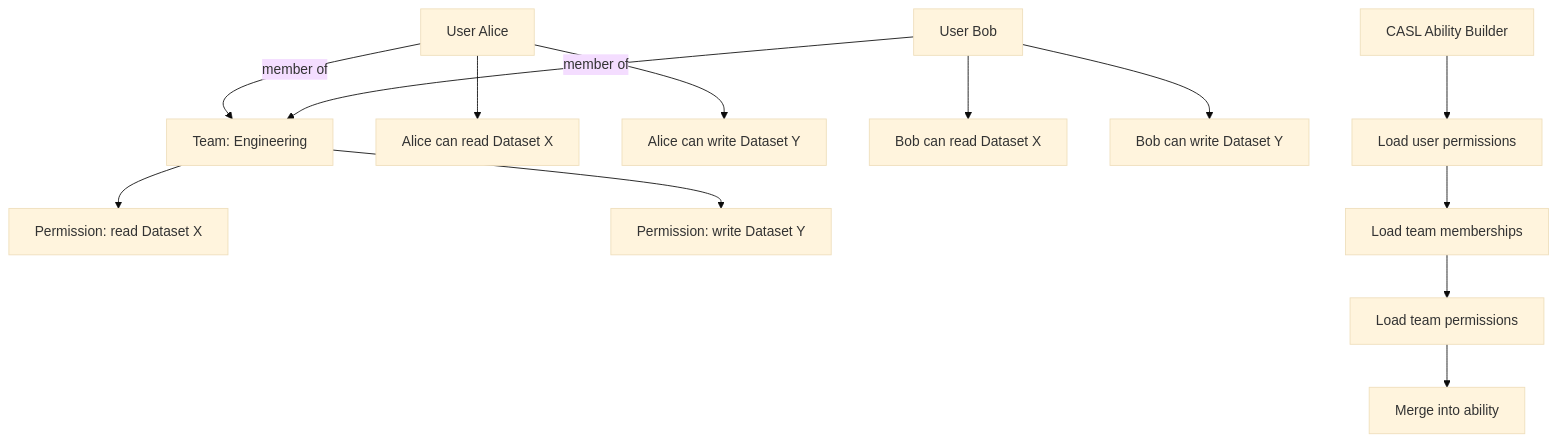
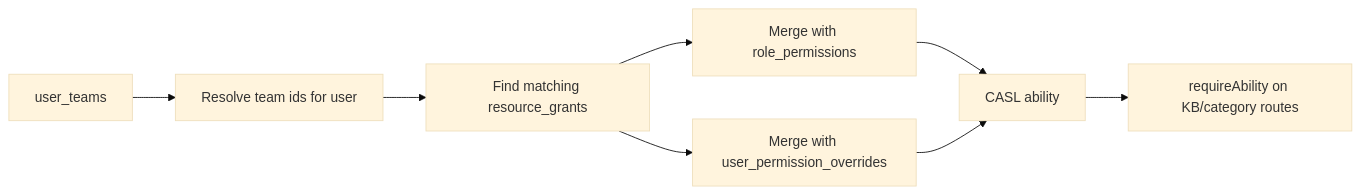
Before and after one commit to b-knowledge-solution/b-knowledge: the fifth of 5 diagrams in docs/detail-design/user-team/team-management-detail.md, drawn with Mermaid (base theme). The commit also changed other lines of this file and 2 other files, not shown here.

First line of the commit message:
docs(09-04): rewrite user and team permission flows

````diff
--- a/docs/detail-design/user-team/team-management-detail.md
+++ b/docs/detail-design/user-team/team-management-detail.md
@@ -107,18 +100,10 @@
 ```mermaid
-flowchart TD
-    A[Team: Engineering] --> B[Permission: read Dataset X]
-    A --> C[Permission: write Dataset Y]
-
-    D[User Alice] -->|member of| A
-    E[User Bob] -->|member of| A
-
-    D --> F[Alice can read Dataset X]
-    D --> G[Alice can write Dataset Y]
-    E --> H[Bob can read Dataset X]
-    E --> I[Bob can write Dataset Y]
-
-    J[CASL Ability Builder] --> K[Load user permissions]
-    K --> L[Load team memberships]
-    L --> M[Load team permissions]
-    M --> N[Merge into ability]
+flowchart LR
+    A[user_teams] --> B[Resolve team ids for user]
+    B --> C[Find matching resource_grants]
+    C --> D[Merge with role_permissions]
+    C --> E[Merge with user_permission_overrides]
+    D --> F[CASL ability]
+    E --> F
+    F --> G[requireAbility on KB/category routes]
 ```
````
